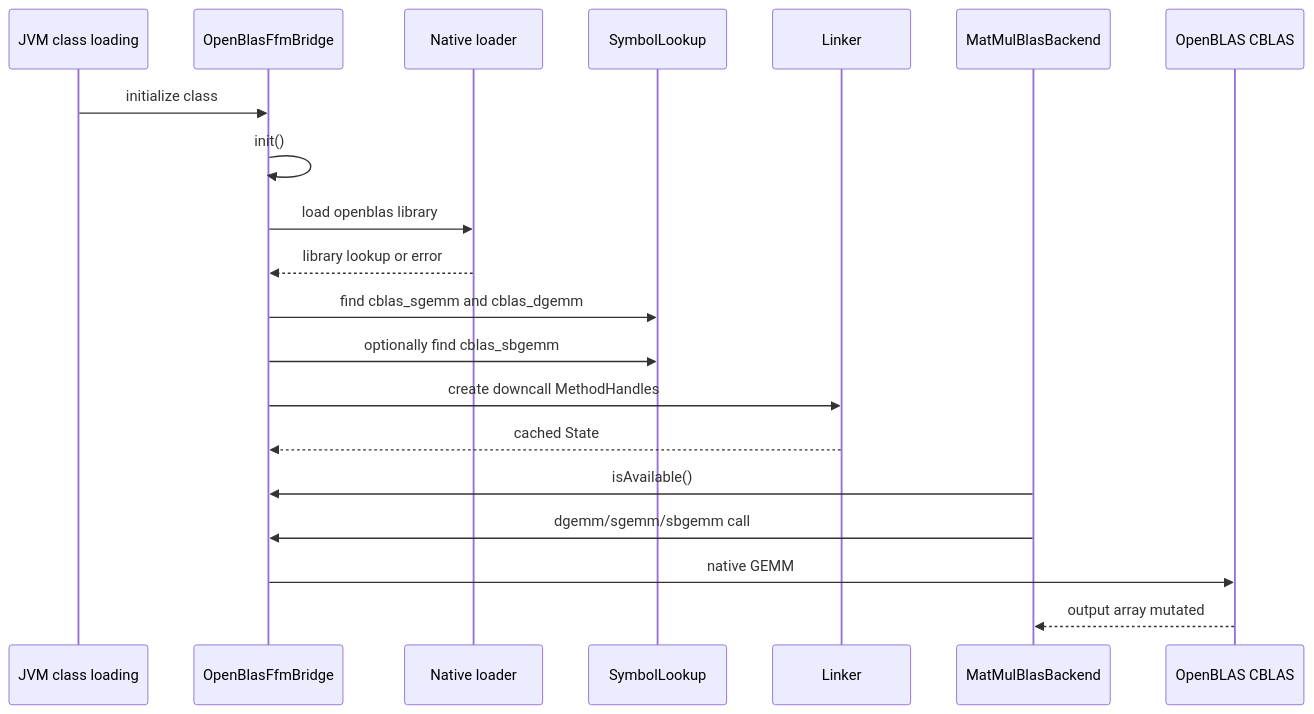
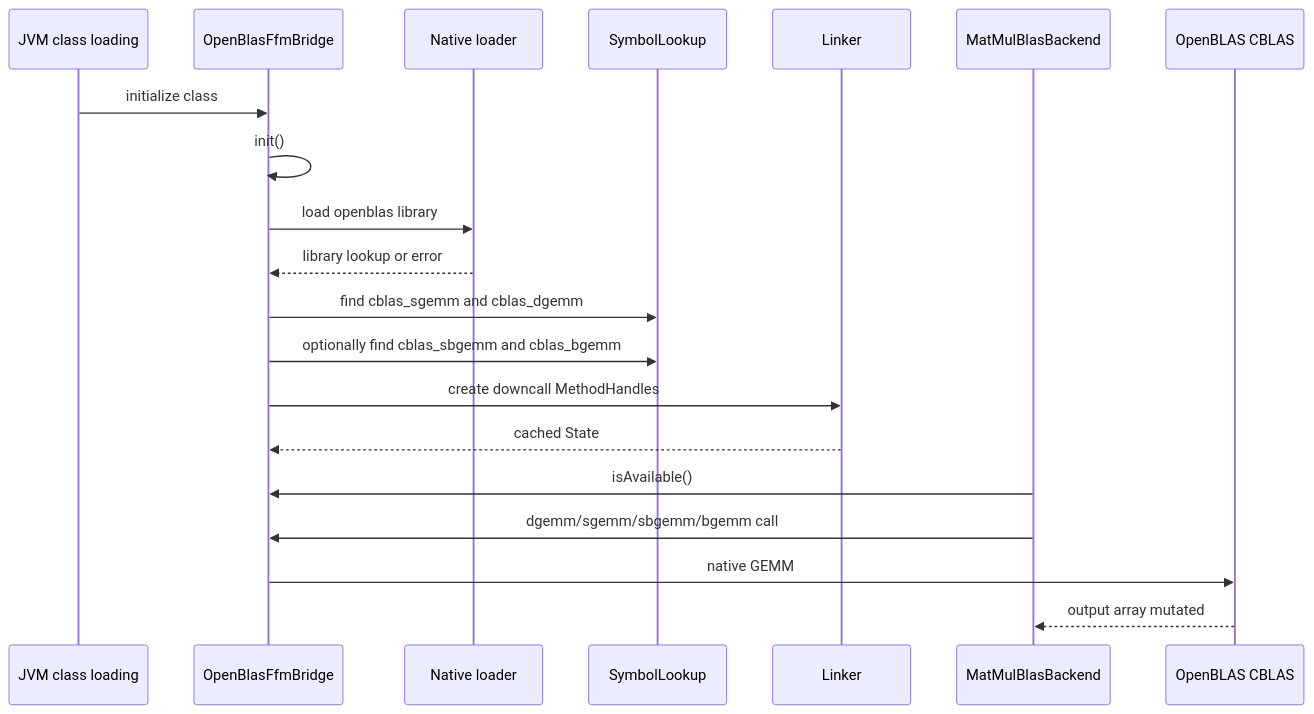
The first of 2 diagrams in docs/native-bridges-and-blas.md (pho001/Synaptik), drawn with Mermaid before and after one commit. The commit also changed other lines of this file and 3 other files, not shown here.

````diff
--- a/docs/native-bridges-and-blas.md
+++ b/docs/native-bridges-and-blas.md
@@ -557,23 +572,23 @@
 ```mermaid
 sequenceDiagram
     participant JVM as JVM class loading
     participant Bridge as OpenBlasFfmBridge
     participant Loader as Native loader
     participant Lookup as SymbolLookup
     participant Linker as Linker
     participant Kernel as MatMulBlasBackend
     participant BLAS as OpenBLAS CBLAS
 
     JVM->>Bridge: initialize class
     Bridge->>Bridge: init()
     Bridge->>Loader: load openblas library
     Loader-->>Bridge: library lookup or error
     Bridge->>Lookup: find cblas_sgemm and cblas_dgemm
-    Bridge->>Lookup: optionally find cblas_sbgemm
+    Bridge->>Lookup: optionally find cblas_sbgemm and cblas_bgemm
     Bridge->>Linker: create downcall MethodHandles
     Linker-->>Bridge: cached State
     Kernel->>Bridge: isAvailable()
-    Kernel->>Bridge: dgemm/sgemm/sbgemm call
+    Kernel->>Bridge: dgemm/sgemm/sbgemm/bgemm call
     Bridge->>BLAS: native GEMM
     BLAS-->>Kernel: output array mutated
 ```
````
